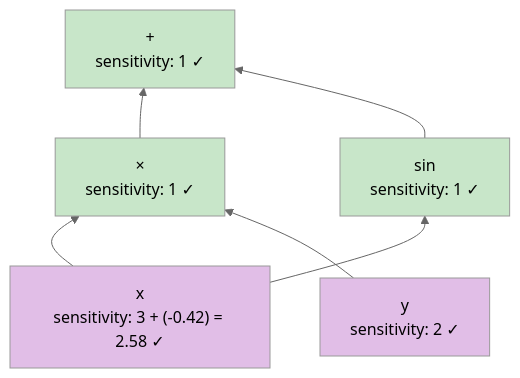
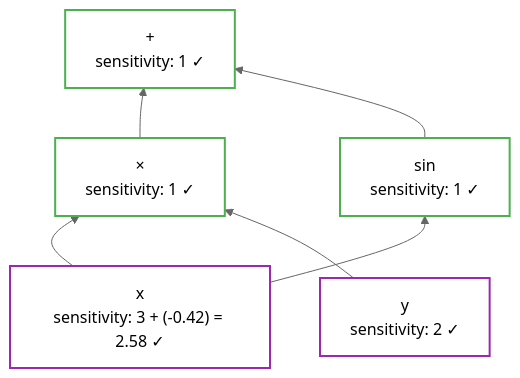
Before and after one commit to bolu-atx/bolu-atx.github.io: the seventh of 9 diagrams in _posts/2026-01-03-autodiff-part1-intuition.md, drawn with Mermaid (neutral theme). The commit also changed other lines of this file, not shown here.

Commit message:
Use stroke-only styling for Mermaid diagrams (no fills)

````diff
--- a/_posts/2026-01-03-autodiff-part1-intuition.md
+++ b/_posts/2026-01-03-autodiff-part1-intuition.md
@@ -257,20 +257,20 @@
 ```mermaid
 graph BT
     x["x<br/>sensitivity: 3 + (-0.42) = 2.58 ✓"]
     y["y<br/>sensitivity: 2 ✓"]
     mul["×<br/>sensitivity: 1 ✓"]
     sin["sin<br/>sensitivity: 1 ✓"]
     add["+<br/>sensitivity: 1 ✓"]
 
     x --> mul
     y --> mul
     x --> sin
     mul --> add
     sin --> add
 
-    style add fill:#c8e6c9
-    style mul fill:#c8e6c9
-    style sin fill:#c8e6c9
-    style x fill:#e1bee7
-    style y fill:#e1bee7
+    style add fill:none,stroke:#4CAF50,stroke-width:2px
+    style mul fill:none,stroke:#4CAF50,stroke-width:2px
+    style sin fill:none,stroke:#4CAF50,stroke-width:2px
+    style x fill:none,stroke:#9C27B0,stroke-width:2px
+    style y fill:none,stroke:#9C27B0,stroke-width:2px
 ```
````
